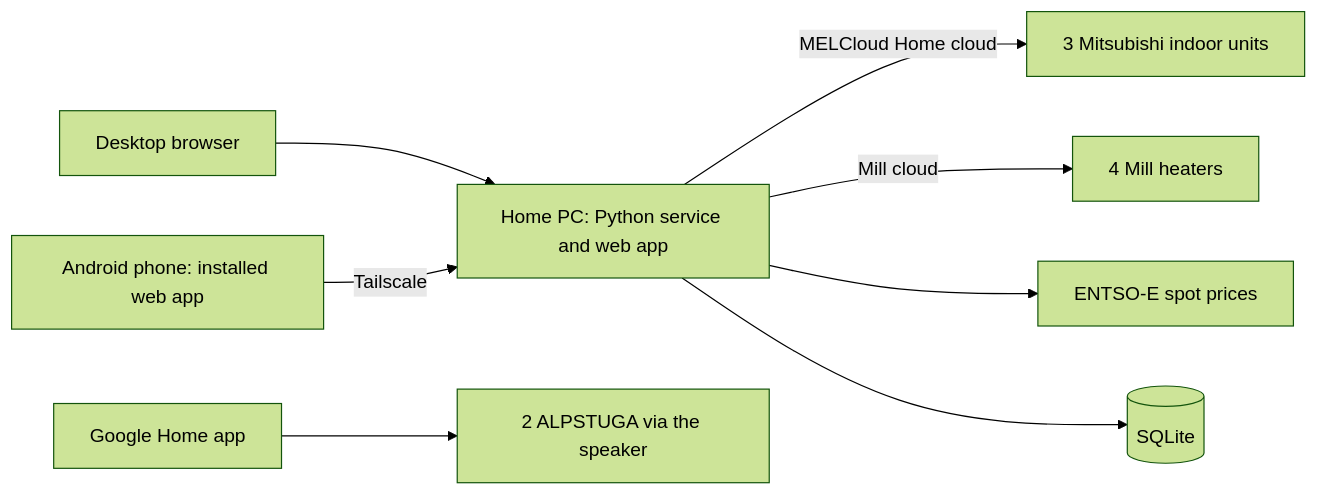
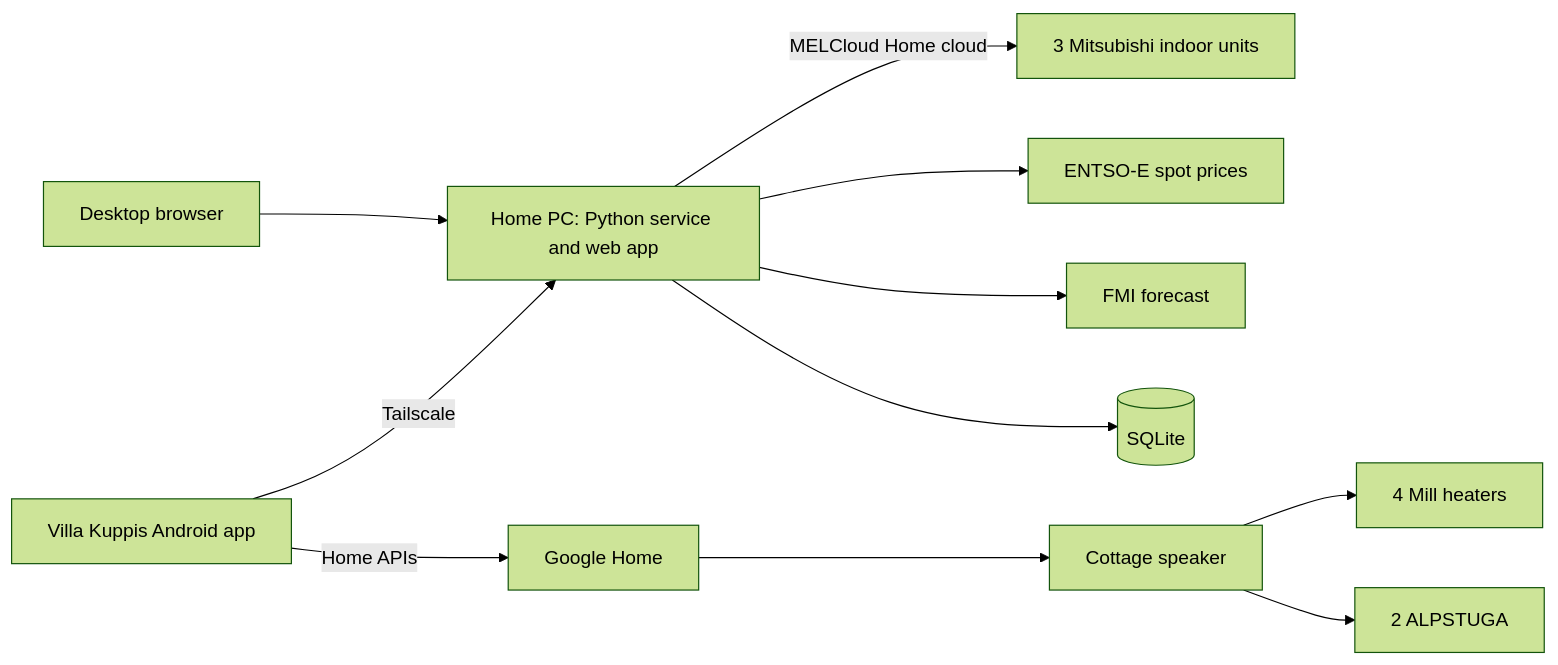
Before and after one commit to Vkuparin/villa-kuppis: the diagram in docs/architecture.md, drawn with Mermaid (forest theme). The commit also changed other lines of this file and 3 other files, not shown here.

First line of the commit message:
WIP plan revision 4: Matter via Google, Android app, optimizer

````diff
--- a/docs/architecture.md
+++ b/docs/architecture.md
@@ -14,10 +15,13 @@
 ```mermaid
 flowchart LR
   Desktop[Desktop browser] --> PC[Home PC: Python service and web app]
-  Phone[Android phone: installed web app] -->|Tailscale| PC
+  Phone[Villa Kuppis Android app] -->|Tailscale| PC
   PC -->|MELCloud Home cloud| Pumps[3 Mitsubishi indoor units]
-  PC -->|Mill cloud| Mill[4 Mill heaters]
   PC --> Prices[ENTSO-E spot prices]
+  PC --> Weather[FMI forecast]
   PC --> DB[(SQLite)]
-  Google[Google Home app] --> Sensors[2 ALPSTUGA via the speaker]
+  Phone -->|Home APIs| Google[Google Home]
+  Google --> Hub[Cottage speaker]
+  Hub --> Mill[4 Mill heaters]
+  Hub --> Sensors[2 ALPSTUGA]
 ```
````
